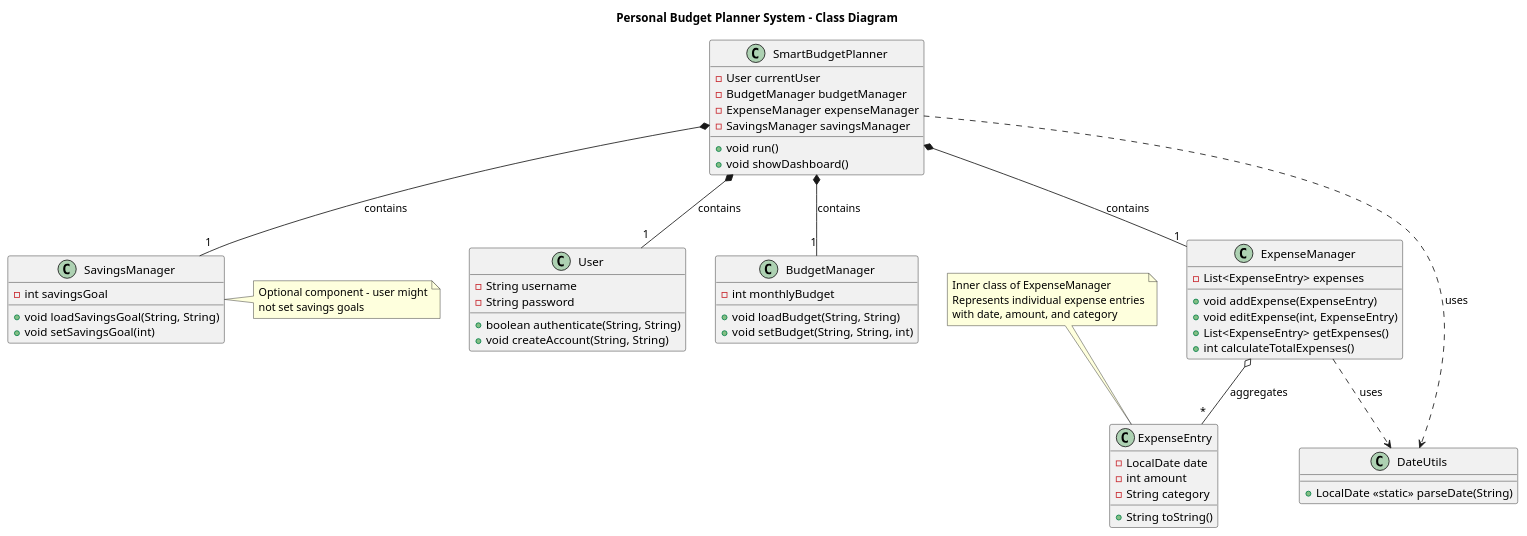
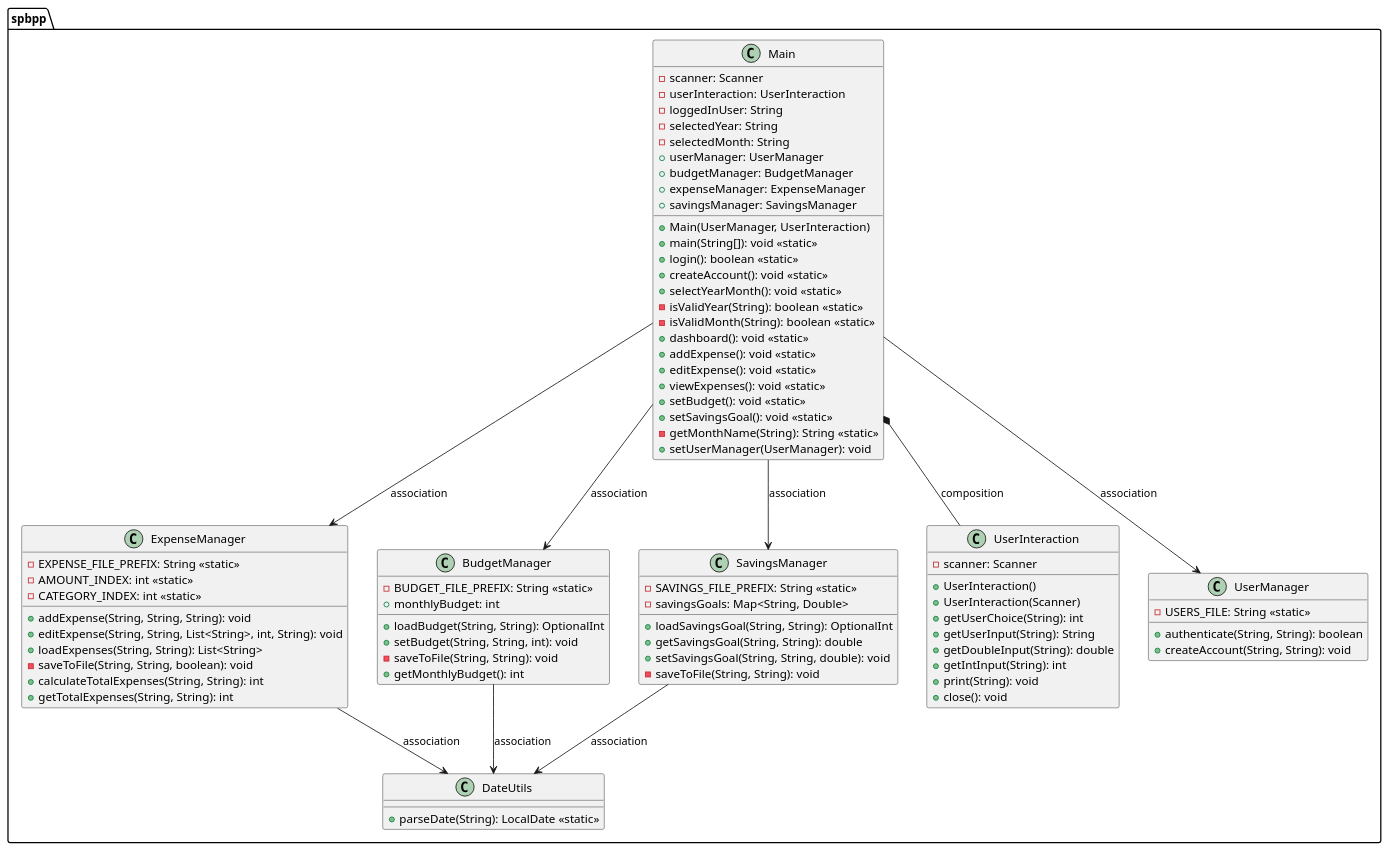
The diagram in MDD/class diagram/SmartBudgetPlanneClassDiagram.puml (kibrom-bit/Smart_Personal_Budget_Planner), drawn with PlantUML before and after one commit. The commit also changed 3 other files, not shown here.

```diff
--- a/MDD/class diagram/SmartBudgetPlanneClassDiagram.puml
+++ b/MDD/class diagram/SmartBudgetPlanneClassDiagram.puml
@@ -1,71 +1,91 @@
 @startuml
-title Personal Budget Planner System - Class Diagram
+package spbpp {
+    class Main {
+        - scanner: Scanner
+        - userInteraction: UserInteraction
+        - loggedInUser: String
+        - selectedYear: String
+        - selectedMonth: String
+        + userManager: UserManager
+        + budgetManager: BudgetManager
+        + expenseManager: ExpenseManager
+        + savingsManager: SavingsManager
+        + Main(UserManager, UserInteraction)
+        + main(String[]): void <<static>>
+        + login(): boolean <<static>>
+        + createAccount(): void <<static>>
+        + selectYearMonth(): void <<static>>
+        - isValidYear(String): boolean <<static>>
+        - isValidMonth(String): boolean <<static>>
+        + dashboard(): void <<static>>
+        + addExpense(): void <<static>>
+        + editExpense(): void <<static>>
+        + viewExpenses(): void <<static>>
+        + setBudget(): void <<static>>
+        + setSavingsGoal(): void <<static>>
+        - getMonthName(String): String <<static>>
+        + setUserManager(UserManager): void
+    }
 
-class User {
-  - String username
-  - String password
-  + boolean authenticate(String, String)
-  + void createAccount(String, String)
+    class ExpenseManager {
+        - EXPENSE_FILE_PREFIX: String <<static>>
+        - AMOUNT_INDEX: int <<static>>
+        - CATEGORY_INDEX: int <<static>>
+        + addExpense(String, String, String): void
+        + editExpense(String, String, List<String>, int, String): void
+        + loadExpenses(String, String): List<String>
+        - saveToFile(String, String, boolean): void
+        + calculateTotalExpenses(String, String): int
+        + getTotalExpenses(String, String): int
+    }
+
+    class DateUtils {
+        + parseDate(String): LocalDate <<static>>
+    }
+
+    class BudgetManager {
+        - BUDGET_FILE_PREFIX: String <<static>>
+        + monthlyBudget: int
+        + loadBudget(String, String): OptionalInt
+        + setBudget(String, String, int): void
+        - saveToFile(String, String): void
+        + getMonthlyBudget(): int
+    }
+
+    class SavingsManager {
+        - SAVINGS_FILE_PREFIX: String <<static>>
+        - savingsGoals: Map<String, Double>
+        + loadSavingsGoal(String, String): OptionalInt
+        + getSavingsGoal(String, String): double
+        + setSavingsGoal(String, String, double): void
+        - saveToFile(String, String): void
+    }
+
+    class UserInteraction {
+        - scanner: Scanner
+        + UserInteraction()
+        + UserInteraction(Scanner)
+        + getUserChoice(String): int
+        + getUserInput(String): String
+        + getDoubleInput(String): double
+        + getIntInput(String): int
+        + print(String): void
+        + close(): void
+    }
+
+    class UserManager {
+        - USERS_FILE: String <<static>>
+        + authenticate(String, String): boolean
+        + createAccount(String, String): void
+    }
+
+    Main *-- UserInteraction : composition
+    Main --> UserManager : association
+    Main --> BudgetManager : association
+    Main --> ExpenseManager : association
+    Main --> SavingsManager : association
+    ExpenseManager --> DateUtils : association
+    BudgetManager --> DateUtils : association
+    SavingsManager --> DateUtils : association
 }
-
-class BudgetManager {
-  - int monthlyBudget
-  + void loadBudget(String, String)
-  + void setBudget(String, String, int)
-}
-
-class ExpenseManager {
-  - List<ExpenseEntry> expenses
-  + void addExpense(ExpenseEntry)
-  + void editExpense(int, ExpenseEntry)
-  + List<ExpenseEntry> getExpenses()
-  + int calculateTotalExpenses()
-}
-
-class SavingsManager {
-  - int savingsGoal
-  + void loadSavingsGoal(String, String)
-  + void setSavingsGoal(int)
-}
-
-class ExpenseEntry {
-  - LocalDate date
-  - int amount
-  - String category
-  + String toString()
-}
-
-class DateUtils {
-  + LocalDate <<static>> parseDate(String)
-}
-
-class SmartBudgetPlanner {
-  - User currentUser
-  - BudgetManager budgetManager
-  - ExpenseManager expenseManager
-  - SavingsManager savingsManager
-  + void run()
-  + void showDashboard()
-}
-
-
-SmartBudgetPlanner *-- "1" User : contains
-SmartBudgetPlanner *-- "1" BudgetManager : contains
-SmartBudgetPlanner *-- "1" ExpenseManager : contains
-SmartBudgetPlanner *-- "1" SavingsManager : contains
-ExpenseManager o-- "*" ExpenseEntry : aggregates
-ExpenseManager ..> DateUtils : uses
-SmartBudgetPlanner ..> DateUtils : uses
-
-note top of ExpenseEntry
-  Inner class of ExpenseManager
-  Represents individual expense entries
-  with date, amount, and category
-end note
-
-note right of SavingsManager
-  Optional component - user might
-  not set savings goals
-end note
-
 @enduml
```
